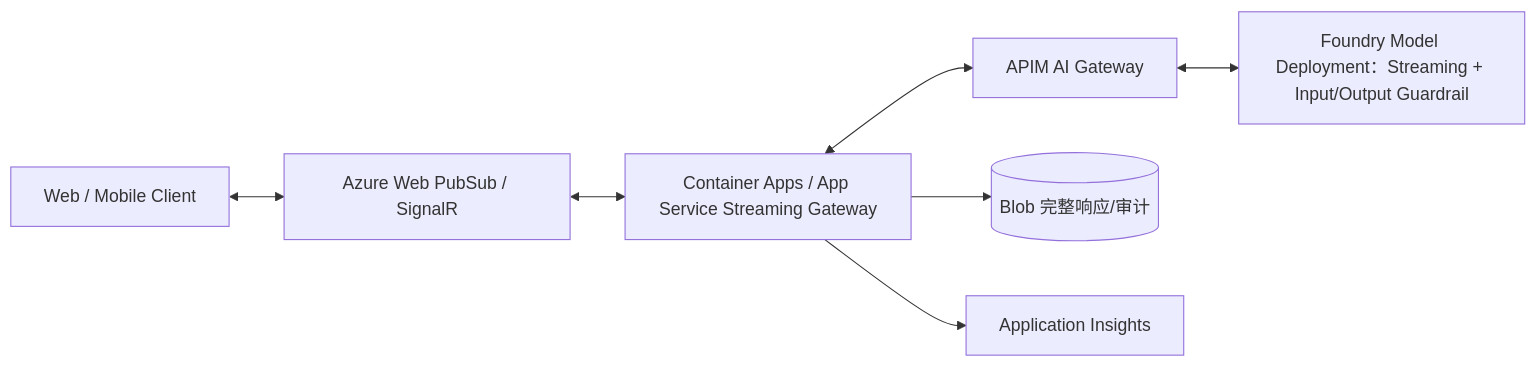
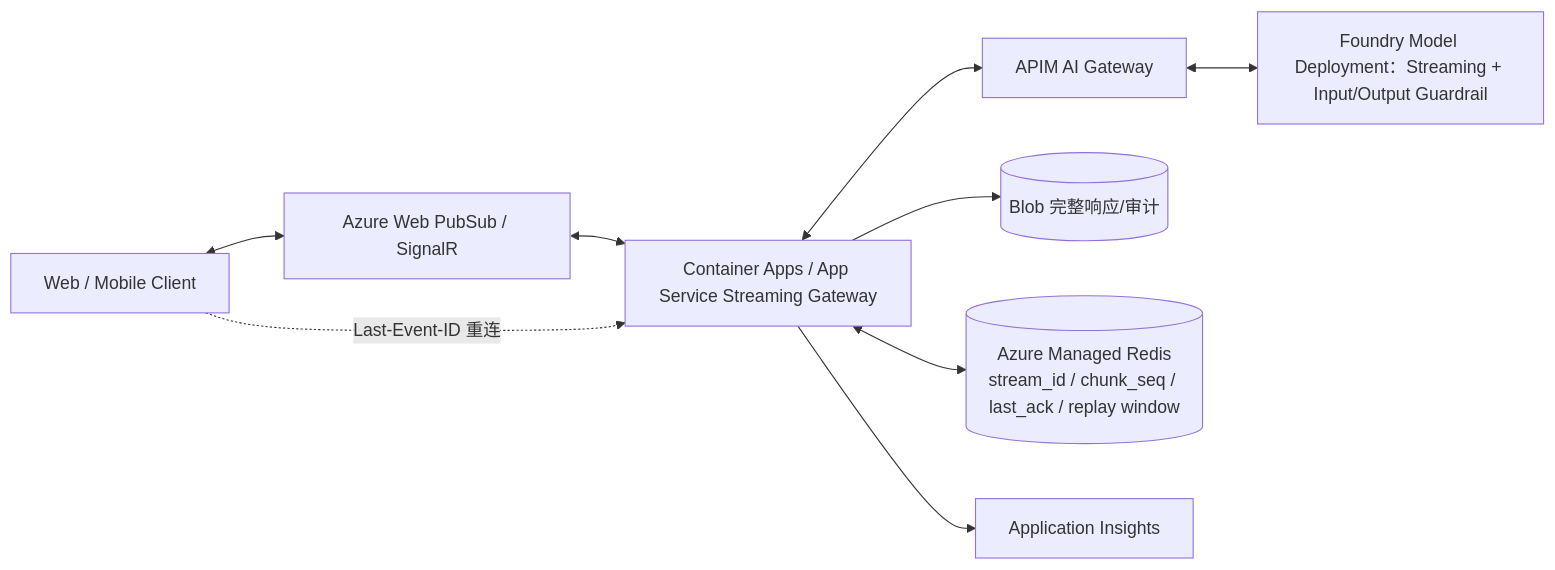
The first of 2 diagrams in architecture-az/09_低延迟流式_AI.md (miku-wwl/certforge), drawn with Mermaid before and after one commit. The commit also changed other lines of this file and 29 other files, not shown here.

Commit message:
docs: refine Azure architecture diagrams

````diff
--- a/architecture-az/09_低延迟流式_AI.md
+++ b/architecture-az/09_低延迟流式_AI.md
@@ -13,9 +13,11 @@
 ```mermaid
 flowchart LR
     U[Web / Mobile Client] <--> W[Azure Web PubSub / SignalR]
     W <--> G[Container Apps / App Service Streaming Gateway]
     G <--> APIM[APIM AI Gateway]
     APIM <--> M[Foundry Model Deployment：Streaming + Input/Output Guardrail]
     G --> B[(Blob 完整响应/审计)]
+    G <--> RS[(Azure Managed Redis\nstream_id / chunk_seq / last_ack / replay window)]
+    U -.Last-Event-ID 重连.-> G
     G --> AI[Application Insights]
 ```
````
